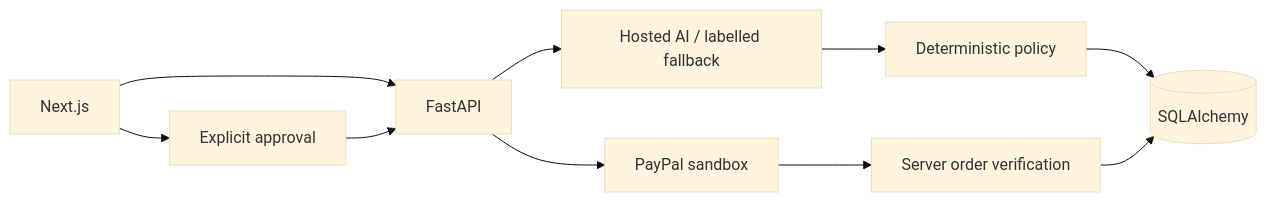
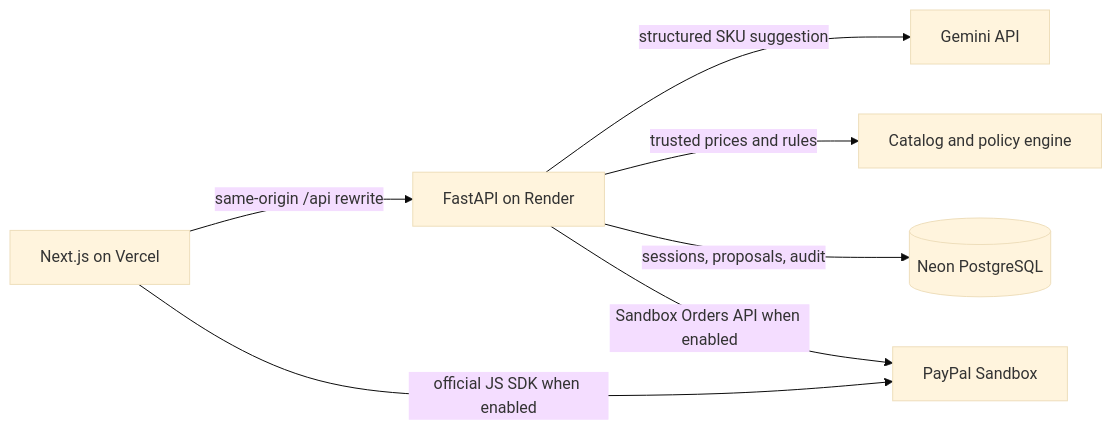
One commit to tauqxxr7/agentpay-guard changed the diagram in README.md. Above: the diagram before and after it, drawn with Mermaid (base theme). The commit also changed other lines of this file and 13 other files, not shown here.

````diff
--- a/README.md
+++ b/README.md
@@ -71,12 +44,9 @@
 ```mermaid
 flowchart LR
-  UI[Next.js] --> API[FastAPI]
-  API --> AI[Hosted AI / labelled fallback]
-  AI --> Policy[Deterministic policy]
-  Policy --> DB[(SQLAlchemy)]
-  UI --> Human[Explicit approval]
-  Human --> API
-  API --> PayPal[PayPal sandbox]
-  PayPal --> Verify[Server order verification]
-  Verify --> DB
+    Browser[Next.js on Vercel] -->|same-origin /api rewrite| API[FastAPI on Render]
+    API -->|structured SKU suggestion| Gemini[Gemini API]
+    API -->|trusted prices and rules| Catalog[Catalog and policy engine]
+    API -->|sessions, proposals, audit| DB[(Neon PostgreSQL)]
+    API -->|Sandbox Orders API when enabled| PayPal[PayPal Sandbox]
+    Browser -->|official JS SDK when enabled| PayPal
 ```
````
